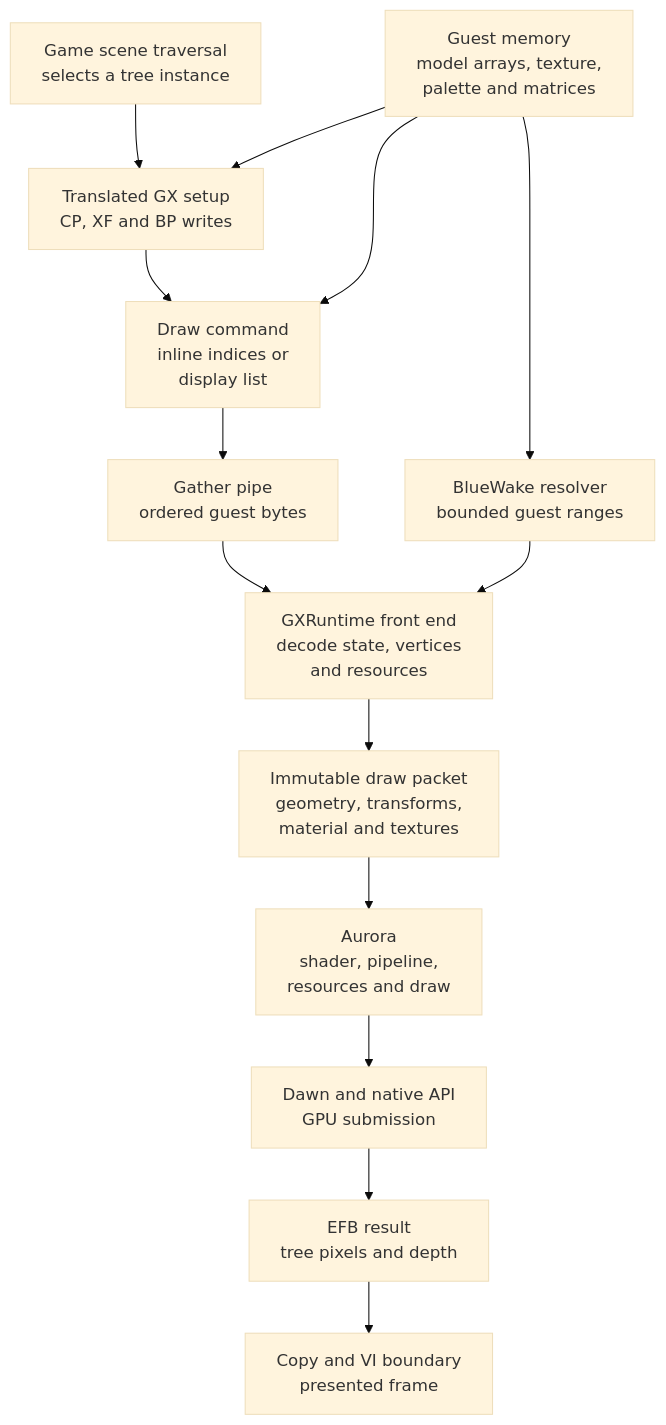
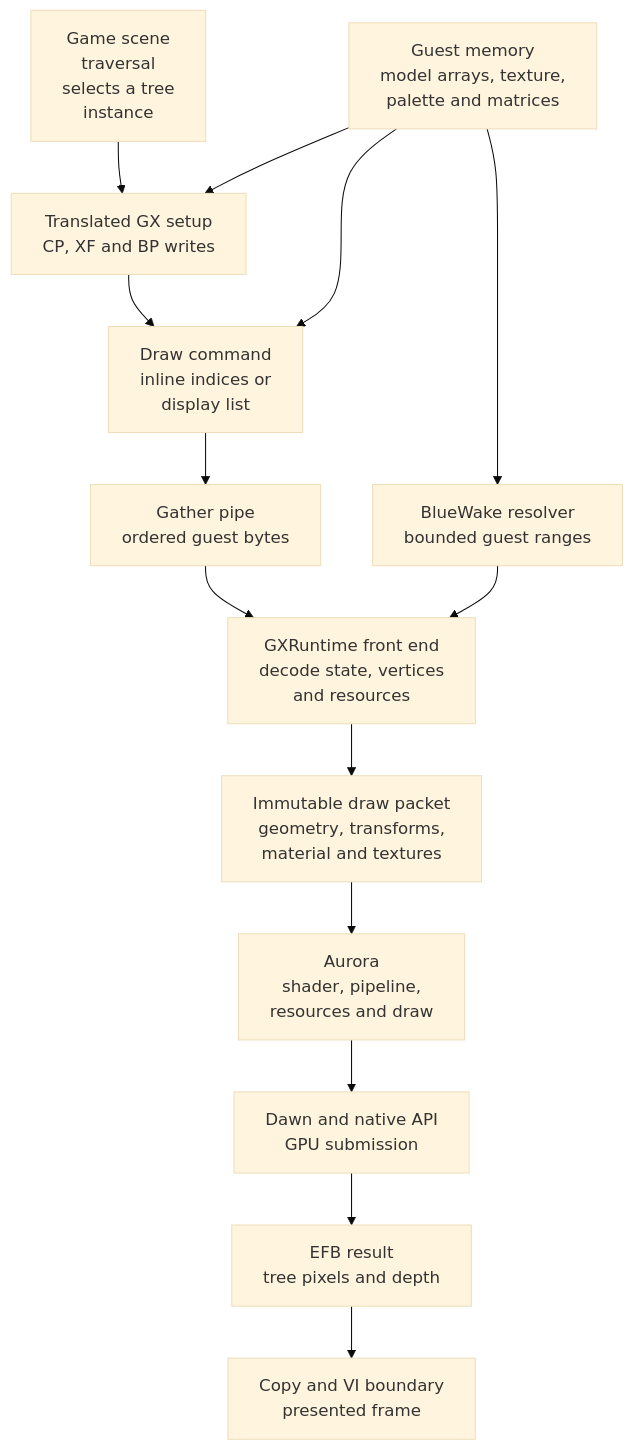
The ninth of 11 diagrams in docs/architecture/Graphics.md (Aelbannan/boat_of_daphnes), drawn with Mermaid (base theme) before and after one commit. The commit also changed other lines of this file and 7 other files, not shown here.

Commit message:
Wrap Mermaid diagram labels

````diff
--- a/docs/architecture/Graphics.md
+++ b/docs/architecture/Graphics.md
@@ -571,37 +580,39 @@
 ```mermaid
 flowchart TD
-    Scene["`Game scene traversal
-selects a tree instance`"]
+    Scene["`Game scene
+traversal
+selects a tree
+instance`"]
     Guest["`Guest memory
 model arrays, texture,
 palette and matrices`"]
     Setup["`Translated GX setup
 CP, XF and BP writes`"]
     Draw["`Draw command
 inline indices or
 display list`"]
     Pipe["`Gather pipe
 ordered guest bytes`"]
     Resolve["`BlueWake resolver
 bounded guest ranges`"]
     Front["`GXRuntime front end
 decode state, vertices
 and resources`"]
     Packet["`Immutable draw packet
 geometry, transforms,
 material and textures`"]
     Render["`Aurora
 shader, pipeline,
 resources and draw`"]
     Native["`Dawn and native API
 GPU submission`"]
     EFB["`EFB result
 tree pixels and depth`"]
     VI["`Copy and VI boundary
 presented frame`"]
 
     Scene --> Setup --> Draw --> Pipe --> Front --> Packet --> Render --> Native --> EFB --> VI
     Guest --> Setup
     Guest --> Draw
     Guest --> Resolve --> Front
 ```
````
